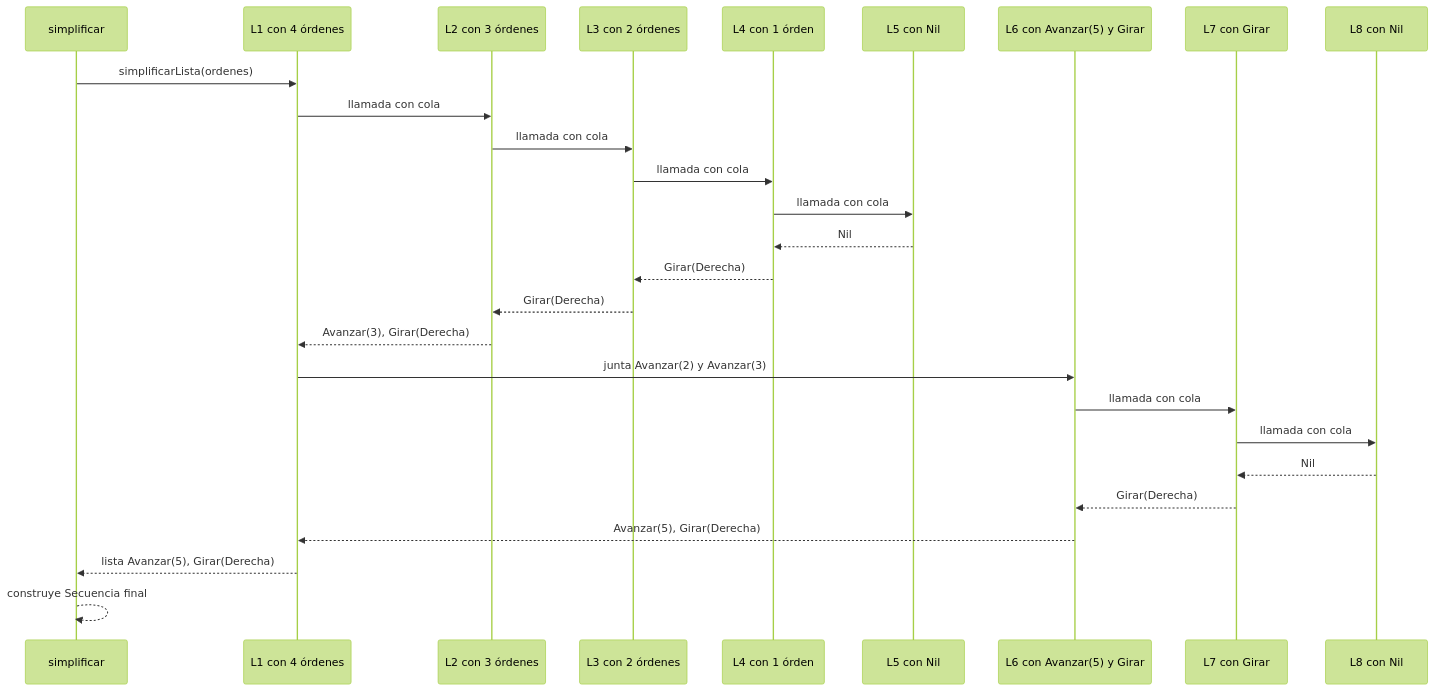
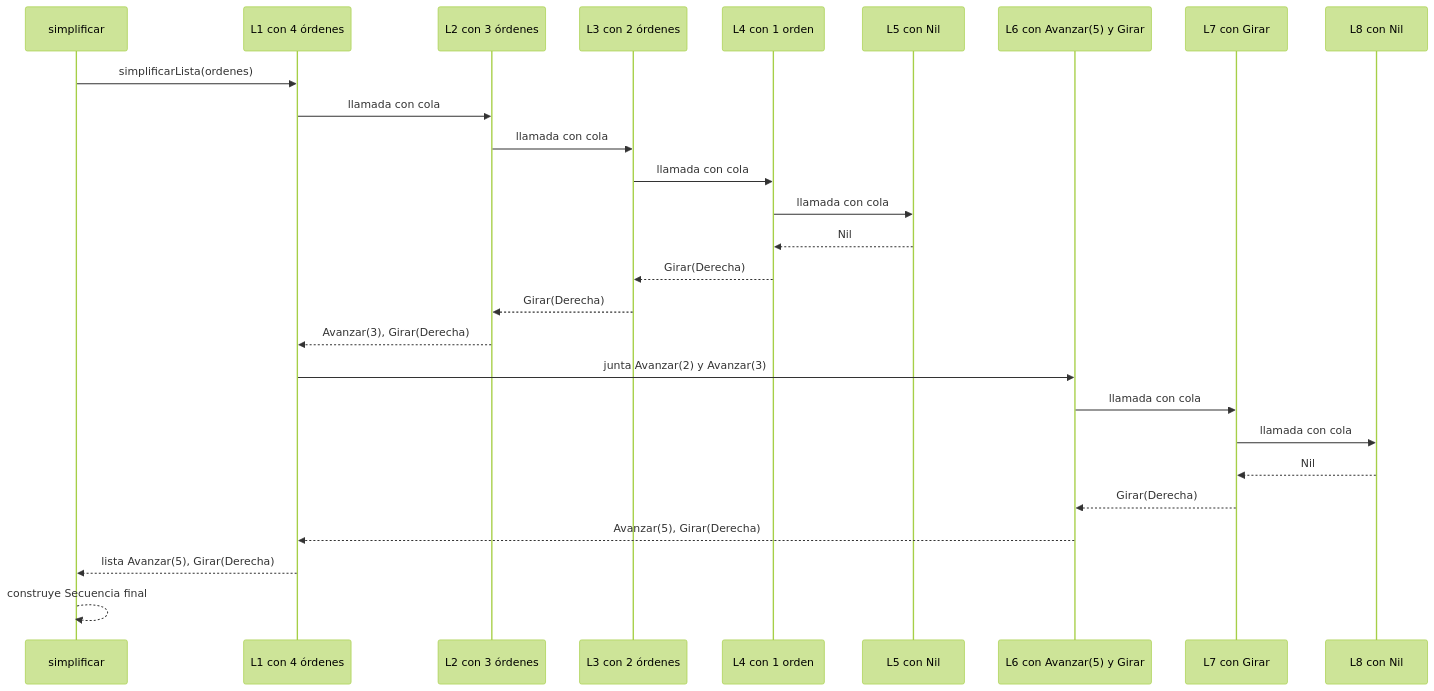
Before and after one commit to Lopez-andres/pfc-taller-2-robot-en-cuadricula: the third of 4 diagrams in docs/proceso.md, drawn with Mermaid (forest theme). The commit also changed other lines of this file and 4 other files, not shown here.

````diff
--- a/docs/proceso.md
+++ b/docs/proceso.md
@@ -315,30 +761,30 @@
 ```mermaid
 sequenceDiagram
     participant Main as simplificar
     participant L1 as L1 con 4 órdenes
     participant L2 as L2 con 3 órdenes
     participant L3 as L3 con 2 órdenes
-    participant L4 as L4 con 1 órden 
+    participant L4 as L4 con 1 orden 
     participant L5 as L5 con Nil
     participant L6 as L6 con Avanzar(5) y Girar
     participant L7 as L7 con Girar
     participant L8 as L8 con Nil
 
     Main->>L1: simplificarLista(ordenes)
     L1->>L2: llamada con cola
     L2->>L3: llamada con cola
     L3->>L4: llamada con cola
     L4->>L5: llamada con cola
     L5-->>L4: Nil
     L4-->>L3: Girar(Derecha)
     L3-->>L2: Girar(Derecha)
     L2-->>L1: Avanzar(3), Girar(Derecha)
     L1->>L6: junta Avanzar(2) y Avanzar(3)
     L6->>L7: llamada con cola
     L7->>L8: llamada con cola
     L8-->>L7: Nil
     L7-->>L6: Girar(Derecha)
     L6-->>L1: Avanzar(5), Girar(Derecha)
     L1-->>Main: lista Avanzar(5), Girar(Derecha)
     Main-->>Main: construye Secuencia final 
 ```
````
